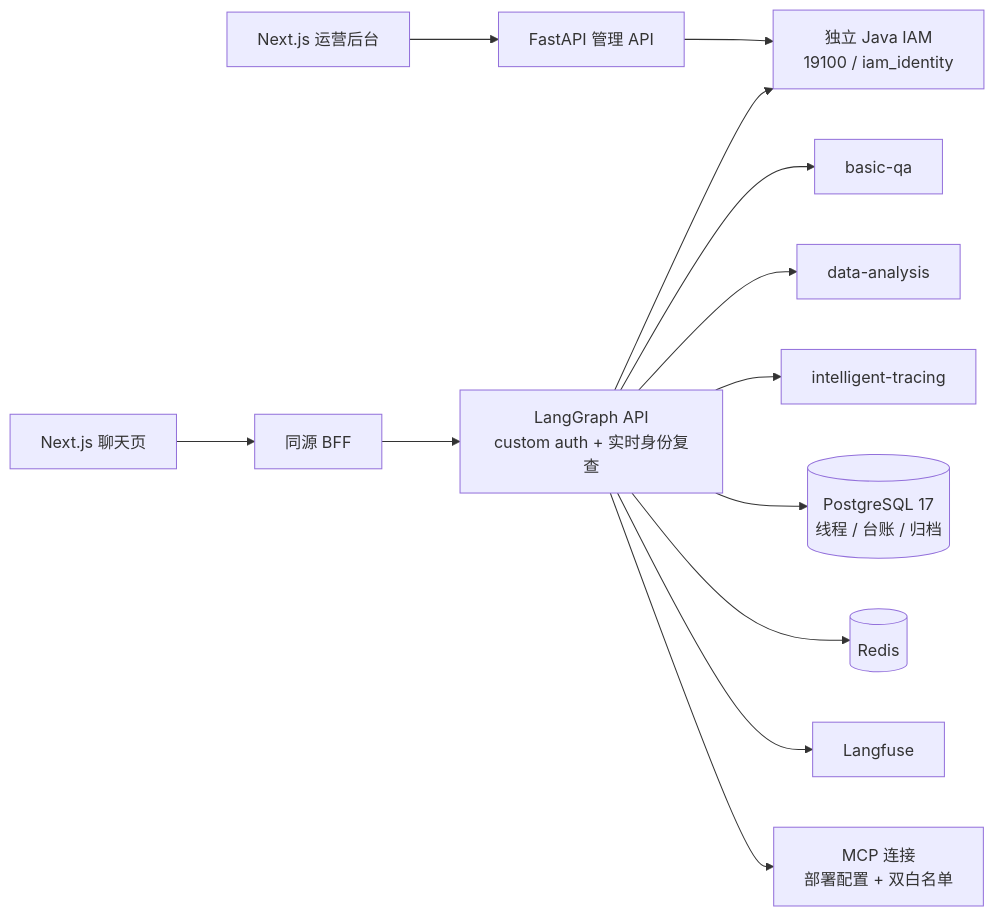
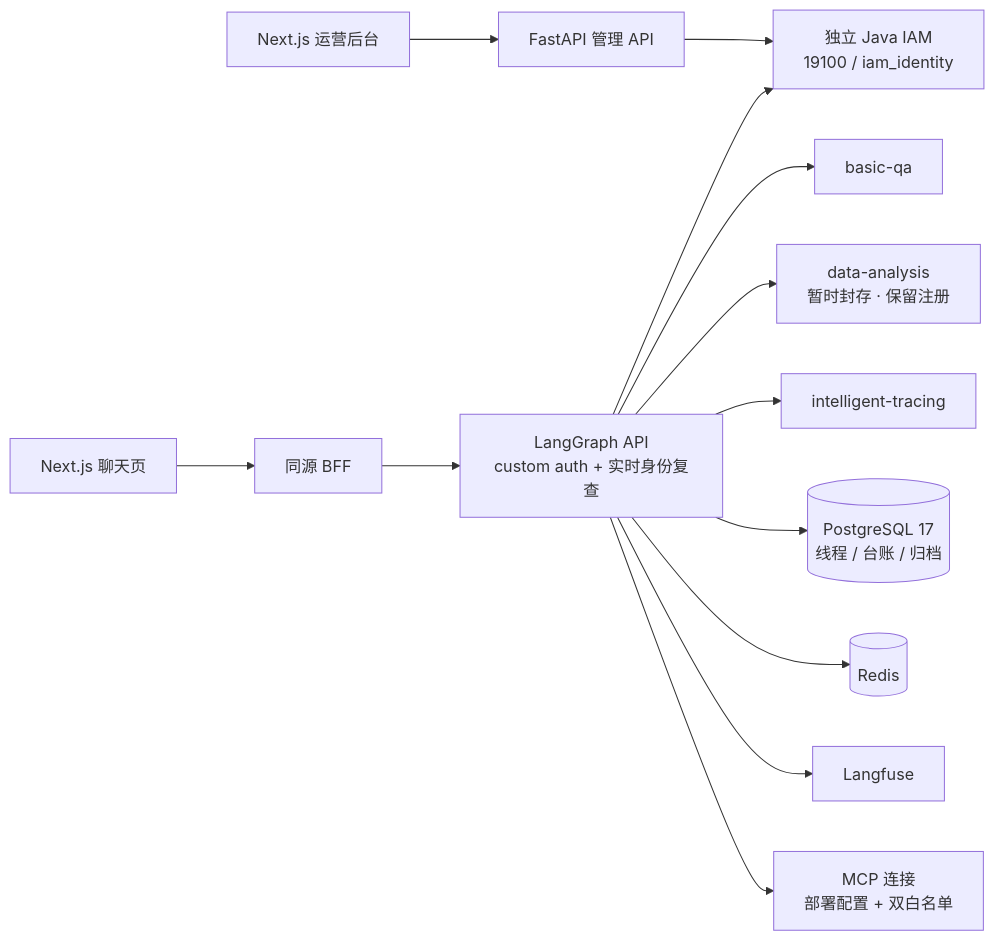
One commit to Acerola-1/air-agent changed the diagram in README.md. Above: the diagram before and after it, drawn with Mermaid. The commit also changed other lines of this file and 207 other files, not shown here.

Commit message:
[更新]保存溯源与运行治理进度并封存数据分析图

````diff
--- a/README.md
+++ b/README.md
@@ -48,15 +56,15 @@
 ```mermaid
 flowchart LR
   Chat["Next.js 聊天页"] --> BFF["同源 BFF"]
   Admin["Next.js 运营后台"] --> API["FastAPI 管理 API"]
   BFF --> Runtime["LangGraph API<br/>custom auth + 实时身份复查"]
   API --> IAM["独立 Java IAM<br/>19100 / iam_identity"]
   Runtime --> IAM
   Runtime --> QA["basic-qa"]
-  Runtime --> DA["data-analysis"]
+  Runtime --> DA["data-analysis<br/>暂时封存 · 保留注册"]
   Runtime --> TR["intelligent-tracing"]
   Runtime --> PG[("PostgreSQL 17<br/>线程 / 台账 / 归档")]
   Runtime --> Redis[("Redis")]
   Runtime --> LF["Langfuse"]
   Runtime --> MCP["MCP 连接<br/>部署配置 + 双白名单"]
 ```
````
